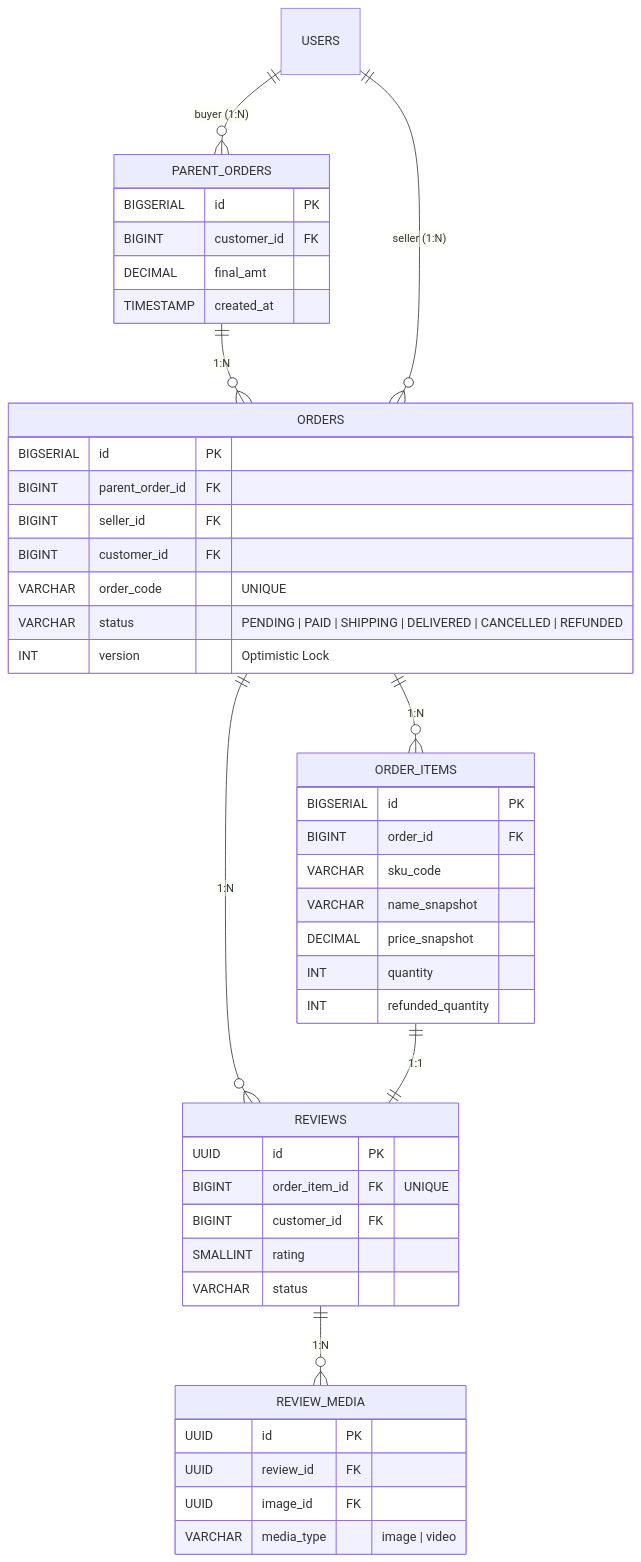
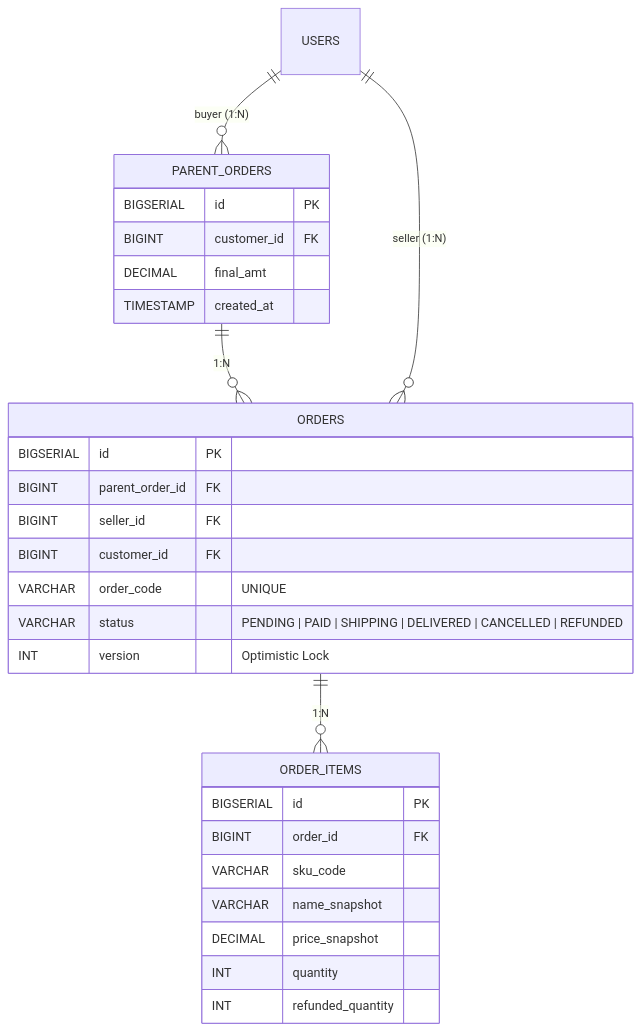
One commit to ldqanh1408/stealing-from-paradise changed the third of 10 diagrams in docs/diagrams/01_erd_compact.md. Above: the diagram before and after it, drawn with Mermaid. The commit also changed other lines of this file and 35 other files, not shown here.

Commit message:
refactor: remove reviews and related media from database schema and documentation

````diff
--- a/docs/diagrams/01_erd_compact.md
+++ b/docs/diagrams/01_erd_compact.md
@@ -137,52 +137,34 @@
 ```mermaid
 erDiagram
     USERS ||--o{ PARENT_ORDERS : "buyer (1:N)"
     PARENT_ORDERS ||--o{ ORDERS : "1:N"
     USERS ||--o{ ORDERS : "seller (1:N)"
     ORDERS ||--o{ ORDER_ITEMS : "1:N"
-    ORDERS ||--o{ REVIEWS : "1:N"
-    ORDER_ITEMS ||--|| REVIEWS : "1:1"
-    REVIEWS ||--o{ REVIEW_MEDIA : "1:N"
-
     PARENT_ORDERS {
         BIGSERIAL id PK
         BIGINT customer_id FK
         DECIMAL final_amt
         TIMESTAMP created_at
     }
 
     ORDERS {
         BIGSERIAL id PK
         BIGINT parent_order_id FK
         BIGINT seller_id FK
         BIGINT customer_id FK
         VARCHAR order_code "UNIQUE"
         VARCHAR status "PENDING | PAID | SHIPPING | DELIVERED | CANCELLED | REFUNDED"
         INT version "Optimistic Lock"
     }
 
     ORDER_ITEMS {
         BIGSERIAL id PK
         BIGINT order_id FK
         VARCHAR sku_code
         VARCHAR name_snapshot
         DECIMAL price_snapshot
         INT quantity
         INT refunded_quantity
     }
 
-    REVIEWS {
-        UUID id PK
-        BIGINT order_item_id FK "UNIQUE"
-        BIGINT customer_id FK
-        SMALLINT rating
-        VARCHAR status
-    }
-
-    REVIEW_MEDIA {
-        UUID id PK
-        UUID review_id FK
-        UUID image_id FK
-        VARCHAR media_type "image | video"
-    }
 ```
````
